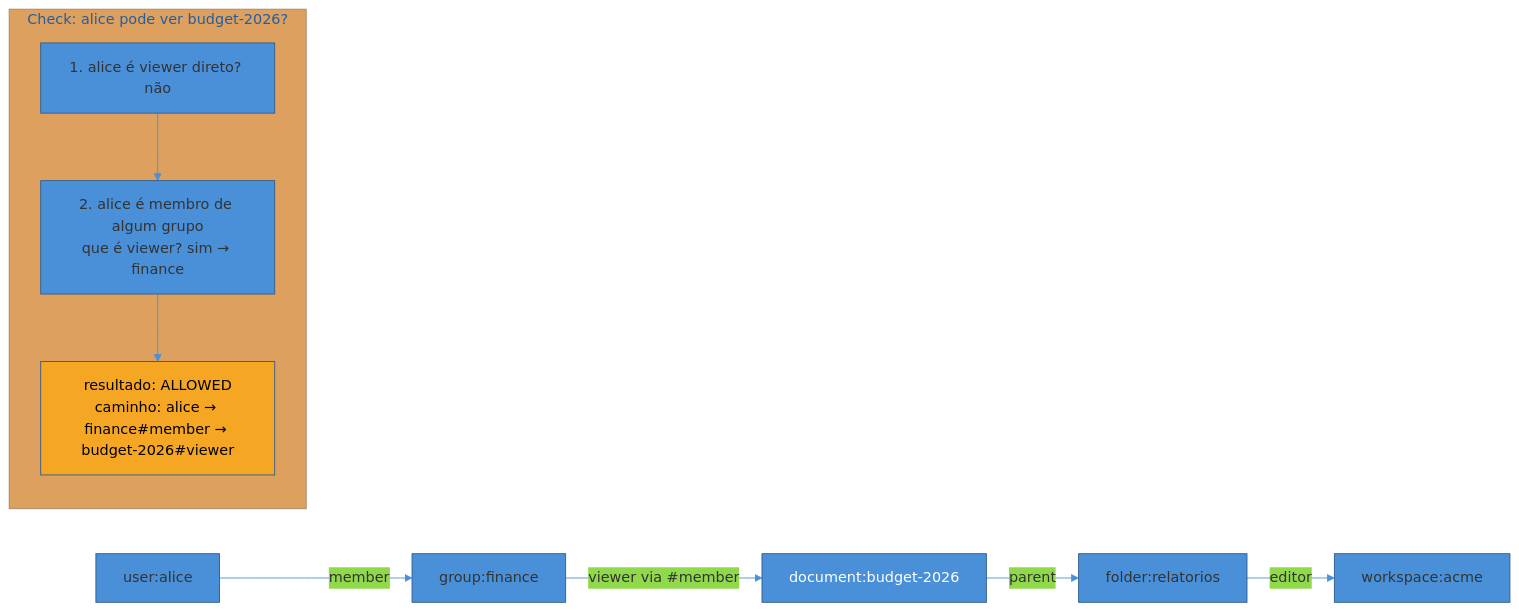
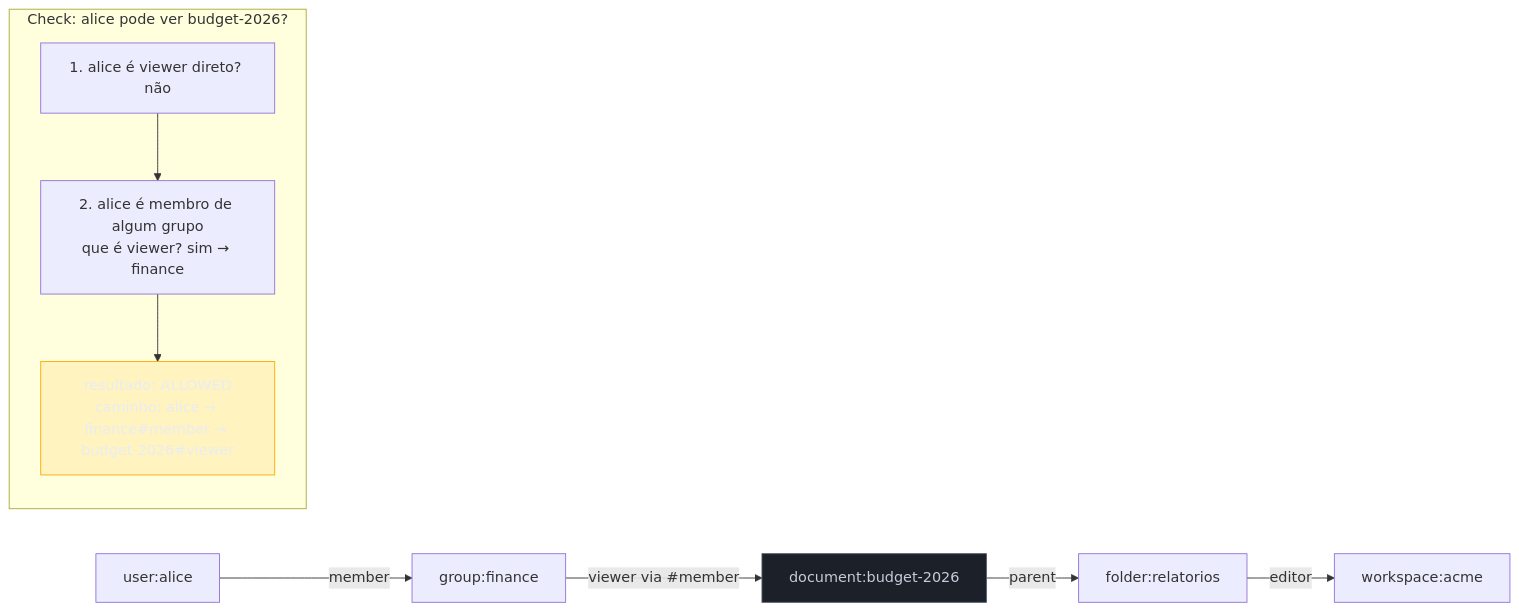
One commit to josenaldo/codex-technomanticus changed the first of 4 diagrams in 03-Dominios/Engenharia/Auth e Identidade/3 - Autorização e multi-tenancy/02 - Fine-grained authorization — Zanzibar e policy-as-code.md. Above: the diagram before and after it, drawn with Mermaid. The commit also changed other lines of this file and 1181 other files, not shown here.

First line of the commit message:
fix(diagramas): paleta do sistema no lugar de cor cravada no markdown

````diff
--- a/03-Dominios/Engenharia/Auth e Identidade/3 - Autorização e multi-tenancy/02 - Fine-grained authorization — Zanzibar e policy-as-code.md
+++ b/03-Dominios/Engenharia/Auth e Identidade/3 - Autorização e multi-tenancy/02 - Fine-grained authorization — Zanzibar e policy-as-code.md
@@ -51,19 +51,20 @@
 ```mermaid
-%%{init: {"theme": "base", "themeVariables": {"primaryColor": "#4A90D9", "primaryBorderColor": "#2E5C8A", "lineColor": "#4A90D9"}}}%%
 graph LR
+    classDef neutro fill:#1B2029,stroke:#4E5666,color:#C6CCD8
+    classDef destaque fill:#FFAA0024,stroke:#FFAA00,color:#E9ECF2
     U["user:alice"] -->|member| G["group:finance"]
     G -->|viewer via #member| D["document:budget-2026"]
     D -->|parent| F["folder:relatorios"]
     F -->|editor| W["workspace:acme"]
 
     subgraph Q["Check: alice pode ver budget-2026?"]
         direction TB
         Q1["1. alice é viewer direto? não"]
         Q2["2. alice é membro de algum grupo<br/>que é viewer? sim → finance"]
         Q3["resultado: ALLOWED<br/>caminho: alice → finance#member → budget-2026#viewer"]
         Q1 --> Q2 --> Q3
     end
 
-    style D fill:#4A90D9,color:#fff
-    style Q3 fill:#F5A623,color:#000
+    class D neutro
+    class Q3 destaque
 ```
````
